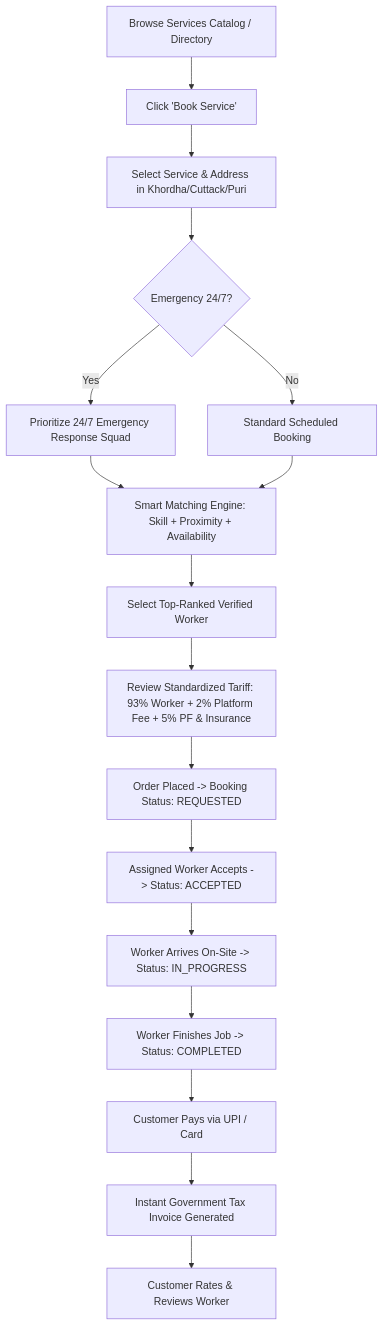
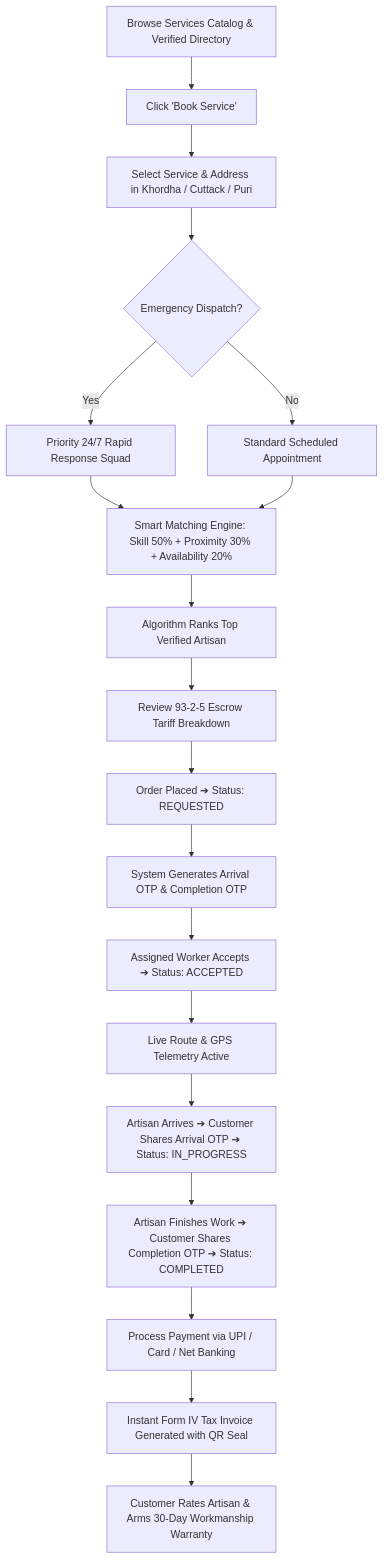
Before and after one commit to sarathyprasad/hack089: the first of 4 diagrams in WORKFLOW.md, drawn with Mermaid. The commit also changed other lines of this file and 13 other files, not shown here.

````diff
--- a/WORKFLOW.md
+++ b/WORKFLOW.md
@@ -9,19 +13,21 @@
 ```mermaid
 graph TD
-    A[Browse Services Catalog / Directory] --> B[Click 'Book Service']
-    B --> C[Select Service & Address in Khordha/Cuttack/Puri]
-    C --> D{Emergency 24/7?}
-    D -->|Yes| E[Prioritize 24/7 Emergency Response Squad]
-    D -->|No| F[Standard Scheduled Booking]
-    E --> G[Smart Matching Engine: Skill + Proximity + Availability]
+    A[Browse Services Catalog & Verified Directory] --> B[Click 'Book Service']
+    B --> C[Select Service & Address in Khordha / Cuttack / Puri]
+    C --> D{Emergency Dispatch?}
+    D -->|Yes| E[Priority 24/7 Rapid Response Squad]
+    D -->|No| F[Standard Scheduled Appointment]
+    E --> G[Smart Matching Engine: Skill 50% + Proximity 30% + Availability 20%]
     F --> G
-    G --> H[Select Top-Ranked Verified Worker]
-    H --> I[Review Standardized Tariff: 93% Worker + 2% Platform Fee + 5% PF & Insurance]
-    I --> J[Order Placed -> Booking Status: REQUESTED]
-    J --> K[Assigned Worker Accepts -> Status: ACCEPTED]
-    K --> L[Worker Arrives On-Site -> Status: IN_PROGRESS]
-    L --> M[Worker Finishes Job -> Status: COMPLETED]
-    M --> N[Customer Pays via UPI / Card]
-    N --> O[Instant Government Tax Invoice Generated]
-    O --> P[Customer Rates & Reviews Worker]
+    G --> H[Algorithm Ranks Top Verified Artisan]
+    H --> I[Review 93-2-5 Escrow Tariff Breakdown]
+    I --> J[Order Placed ➔ Status: REQUESTED]
+    J --> K[System Generates Arrival OTP & Completion OTP]
+    K --> L[Assigned Worker Accepts ➔ Status: ACCEPTED]
+    L --> M[Live Route & GPS Telemetry Active]
+    M --> N[Artisan Arrives ➔ Customer Shares Arrival OTP ➔ Status: IN_PROGRESS]
+    N --> O[Artisan Finishes Work ➔ Customer Shares Completion OTP ➔ Status: COMPLETED]
+    O --> P[Process Payment via UPI / Card / Net Banking]
+    P --> Q[Instant Form IV Tax Invoice Generated with QR Seal]
+    Q --> R[Customer Rates Artisan & Arms 30-Day Workmanship Warranty]
 ```
````
